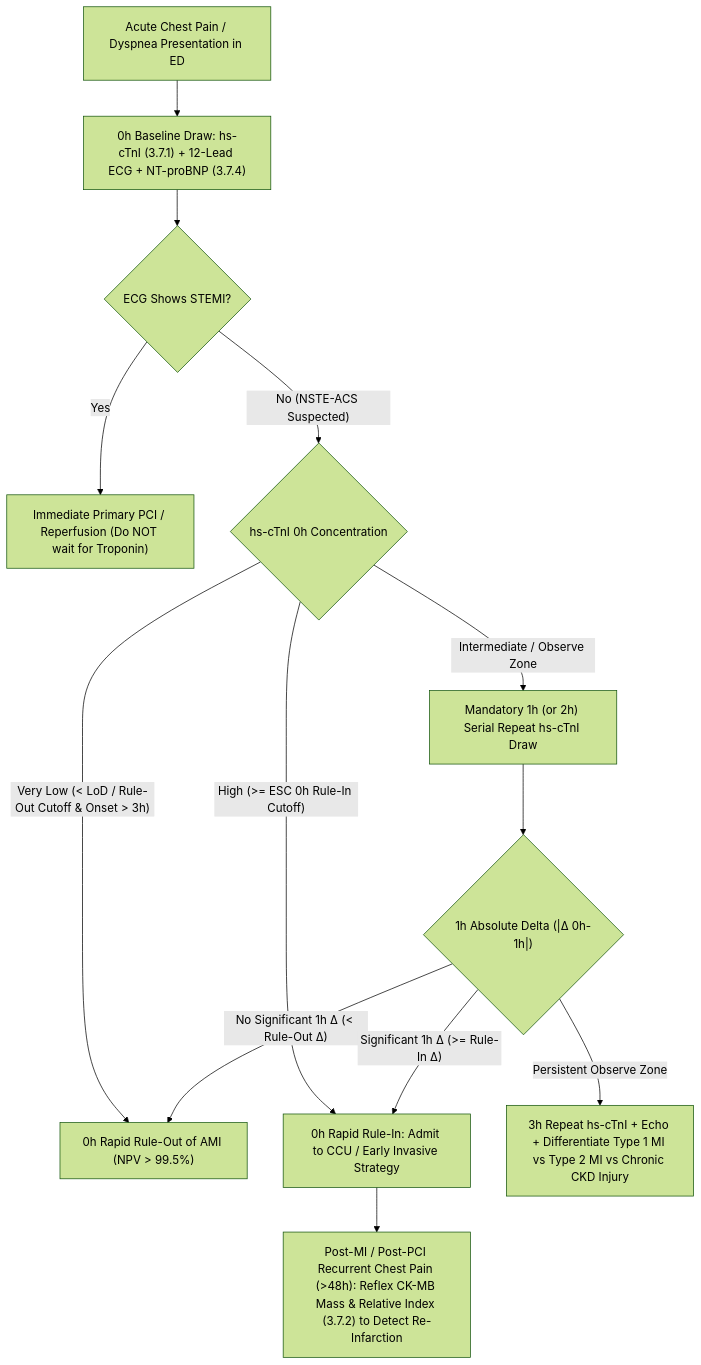
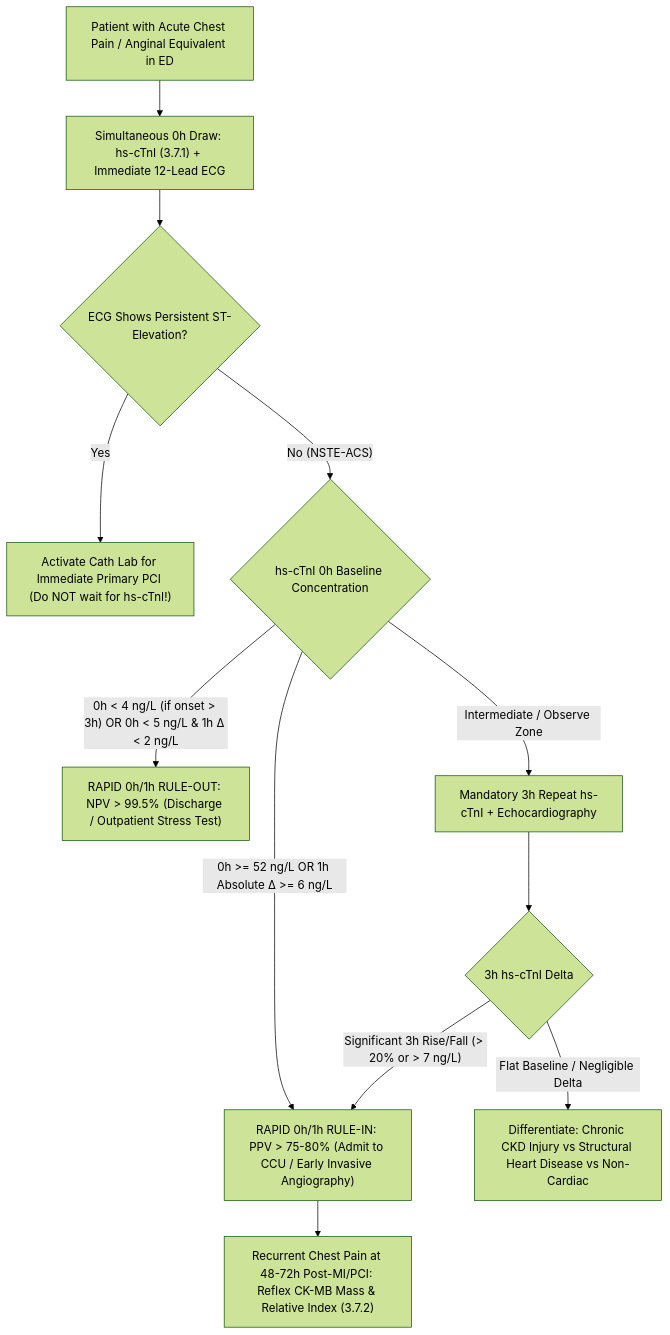
Before and after one commit to sawariyadiagnostic/references-and-interpretations: the diagram in 03_Immunoassay_Endocrinology_and_Nutrients/3.7_Acute_Cardiac_and_Sepsis_Biomarkers_CLIA_Cluster.md, drawn with Mermaid (forest theme). The commit also changed other lines of this file and 4 other files, not shown here.

Commit message:
feat(immuno): red-team international & above-NABL upgrade of Batch 64 Acute Cardiac Part 1 (310/331, 93.66%)

````diff
--- a/03_Immunoassay_Endocrinology_and_Nutrients/3.7_Acute_Cardiac_and_Sepsis_Biomarkers_CLIA_Cluster.md
+++ b/03_Immunoassay_Endocrinology_and_Nutrients/3.7_Acute_Cardiac_and_Sepsis_Biomarkers_CLIA_Cluster.md
@@ -45,15 +164,14 @@
 ```mermaid
 flowchart TD
-    A["Acute Chest Pain / Dyspnea Presentation in ED"] --> B["0h Baseline Draw: hs-cTnI (3.7.1) + 12-Lead ECG + NT-proBNP (3.7.4)"]
-    B --> C{"ECG Shows STEMI?"}
-    C -- "Yes" --> D["Immediate Primary PCI / Reperfusion (Do NOT wait for Troponin)"]
-    C -- "No (NSTE-ACS Suspected)" --> E{"hs-cTnI 0h Concentration"}
-    E -- "Very Low (< LoD / Rule-Out Cutoff & Onset > 3h)" --> F["0h Rapid Rule-Out of AMI (NPV > 99.5%)"]
-    E -- "High (>= ESC 0h Rule-In Cutoff)" --> G["0h Rapid Rule-In: Admit to CCU / Early Invasive Strategy"]
-    E -- "Intermediate / Observe Zone" --> H["Mandatory 1h (or 2h) Serial Repeat hs-cTnI Draw"]
-    H --> I{"1h Absolute Delta (|Δ 0h-1h|)"}
-    I -- "No Significant 1h Δ (< Rule-Out Δ)" --> F
-    I -- "Significant 1h Δ (>= Rule-In Δ)" --> G
-    I -- "Persistent Observe Zone" --> J["3h Repeat hs-cTnI + Echo + Differentiate Type 1 MI vs Type 2 MI vs Chronic CKD Injury"]
-    G --> K["Post-MI / Post-PCI Recurrent Chest Pain (>48h): Reflex CK-MB Mass & Relative Index (3.7.2) to Detect Re-Infarction"]
+    A["Patient with Acute Chest Pain / Anginal Equivalent in ED"] --> B["Simultaneous 0h Draw: hs-cTnI (3.7.1) + Immediate 12-Lead ECG"]
+    B --> C{"ECG Shows Persistent ST-Elevation?"}
+    C -- "Yes" --> D["Activate Cath Lab for Immediate Primary PCI (Do NOT wait for hs-cTnI!)"]
+    C -- "No (NSTE-ACS)" --> E{"hs-cTnI 0h Baseline Concentration"}
+    E -- "0h < 4 ng/L (if onset > 3h) OR 0h < 5 ng/L & 1h Δ < 2 ng/L" --> F["RAPID 0h/1h RULE-OUT: NPV > 99.5% (Discharge / Outpatient Stress Test)"]
+    E -- "0h >= 52 ng/L OR 1h Absolute Δ >= 6 ng/L" --> G["RAPID 0h/1h RULE-IN: PPV > 75-80% (Admit to CCU / Early Invasive Angiography)"]
+    E -- "Intermediate / Observe Zone" --> H["Mandatory 3h Repeat hs-cTnI + Echocardiography"]
+    H --> I{"3h hs-cTnI Delta"}
+    I -- "Significant 3h Rise/Fall (> 20% or > 7 ng/L)" --> G
+    I -- "Flat Baseline / Negligible Delta" --> J["Differentiate: Chronic CKD Injury vs Structural Heart Disease vs Non-Cardiac"]
+    G --> K["Recurrent Chest Pain at 48-72h Post-MI/PCI: Reflex CK-MB Mass & Relative Index (3.7.2)"]
 ```
````
